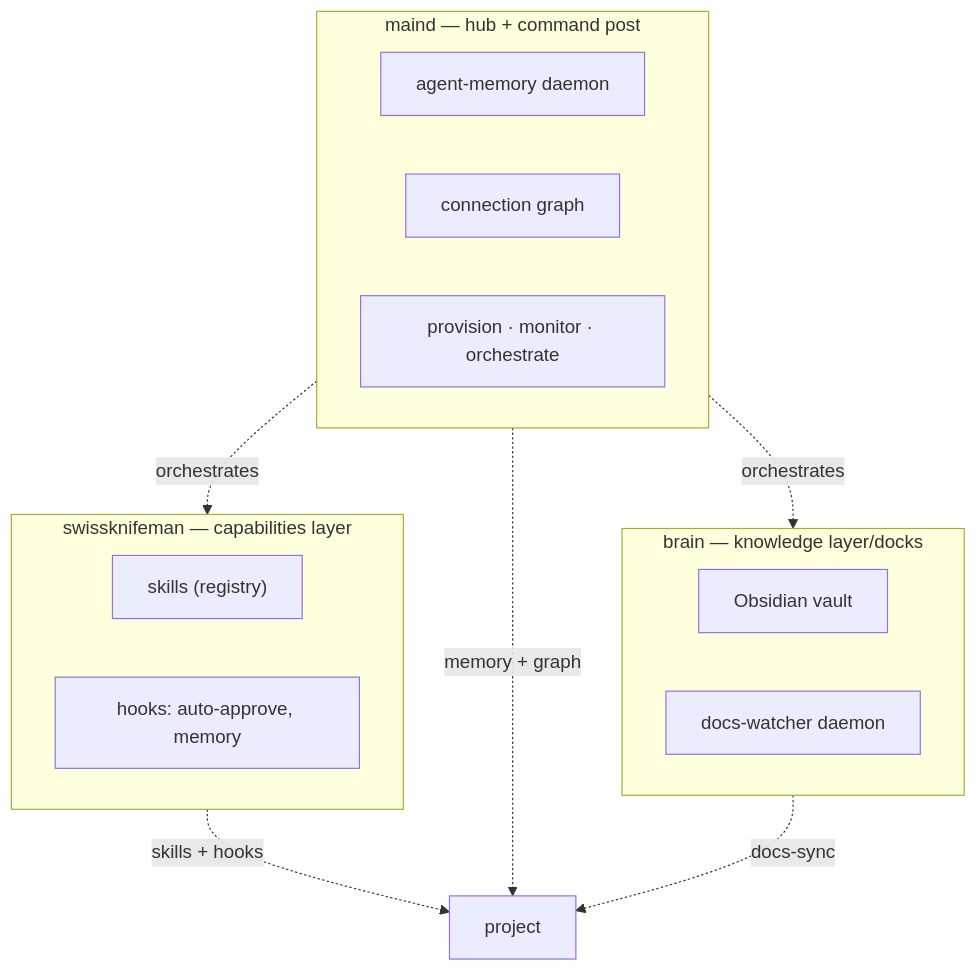
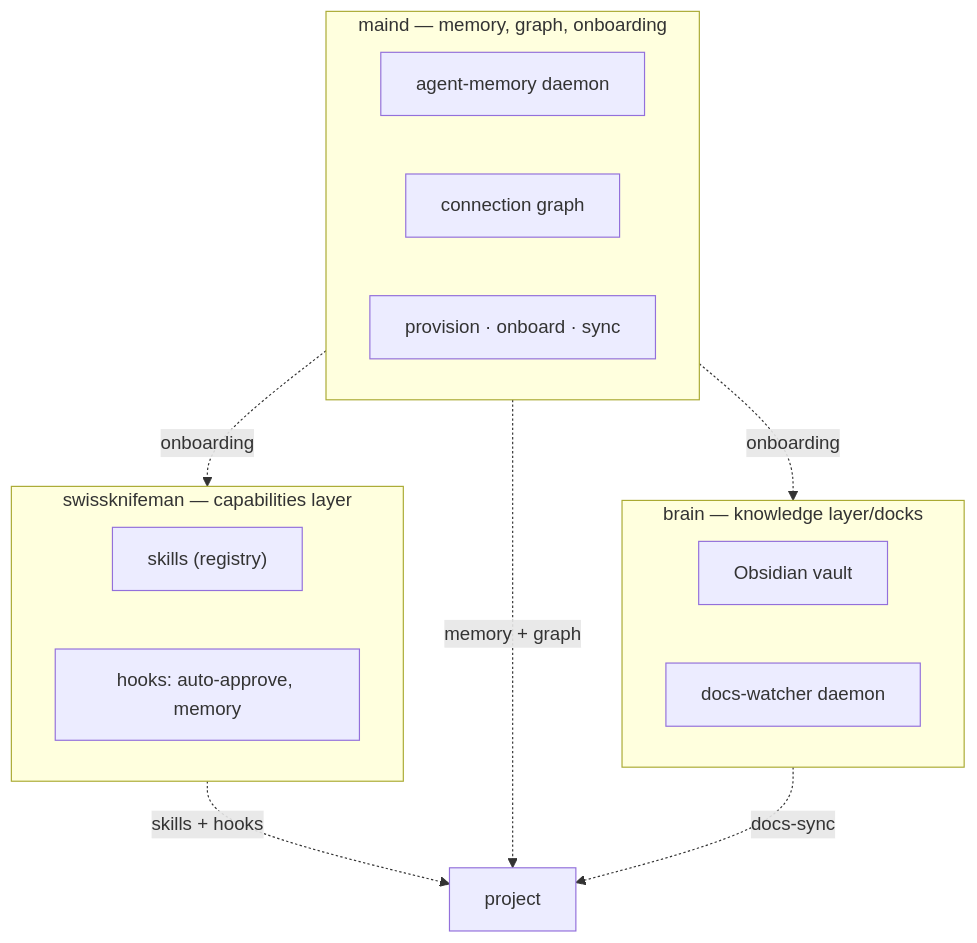
The first of 6 diagrams in packages/maind/docs/ecosystem.md (academici/swissknifeman), drawn with Mermaid before and after one commit. The commit also changed other lines of this file and 33 other files, not shown here.

````diff
--- a/packages/maind/docs/ecosystem.md
+++ b/packages/maind/docs/ecosystem.md
@@ -19,22 +19,22 @@
 ```mermaid
 graph TB
   subgraph skm["swissknifeman — capabilities layer"]
     SK["skills (registry)"]
     HK["hooks: auto-approve, memory"]
   end
   subgraph br["brain — knowledge layer/docks"]
     VA["Obsidian vault"]
     DW["docs-watcher daemon"]
   end
-  subgraph md["maind — hub + command post"]
+  subgraph md["maind — memory, graph, onboarding"]
     MEM["agent-memory daemon"]
     GR["connection graph"]
-    CC["provision · monitor · orchestrate"]
+    CC["provision · onboard · sync"]
   end
   proj["project"]
   skm -. "skills + hooks" .-> proj
   md -. "memory + graph" .-> proj
   br -. "docs-sync" .-> proj
-  md -. "orchestrates" .-> skm
-  md -. "orchestrates" .-> br
+  md -. "onboarding" .-> skm
+  md -. "onboarding" .-> br
 ```
````
